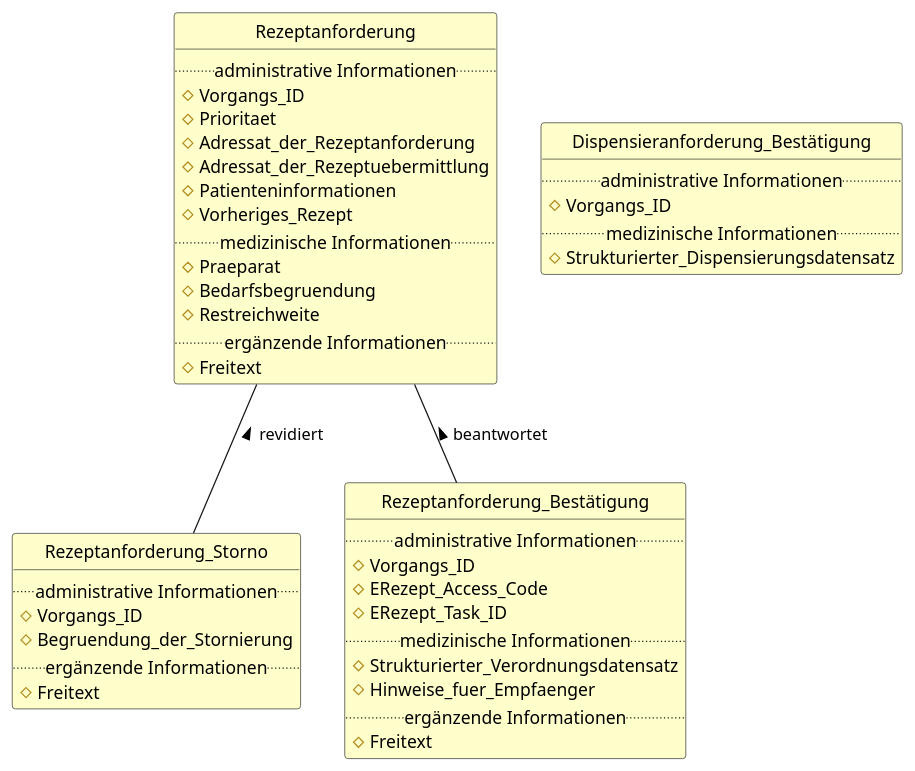
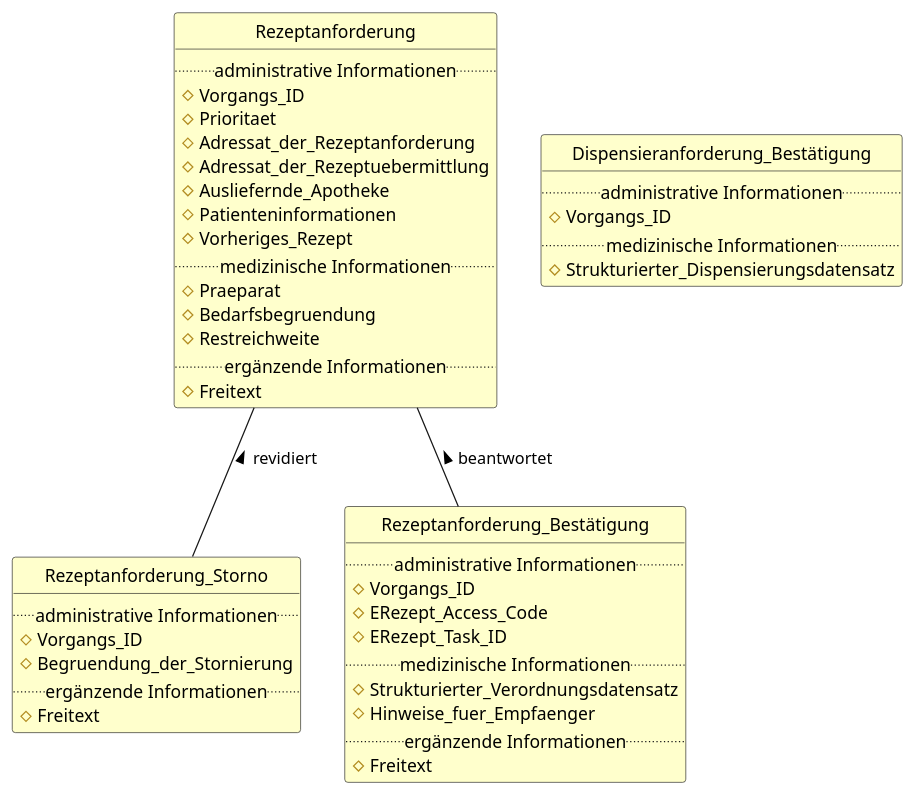
The diagram in Resources/puml/old/rezeptanforderungen-apo-businessobjects-inhalte.puml (gematik/spec-E-Rezept-ServiceRequest), drawn with PlantUML before and after one commit. The commit also changed 2 other files, not shown here.

```diff
--- a/Resources/puml/old/rezeptanforderungen-apo-businessobjects-inhalte.puml
+++ b/Resources/puml/old/rezeptanforderungen-apo-businessobjects-inhalte.puml
@@ -1,55 +1,56 @@
 @startuml
 
 'top to bottom direction
 
 'skinparam linetype ortho
 hide circle
 hide methods
 
 class "Rezeptanforderung" as Rezeptanforderung #BUSINESS {
     ..administrative Informationen..
     #Vorgangs_ID
     #Prioritaet
     #Adressat_der_Rezeptanforderung
     #Adressat_der_Rezeptuebermittlung
+    #Ausliefernde_Apotheke
     #Patienteninformationen
     #Vorheriges_Rezept
     ..medizinische Informationen..
     #Praeparat
     #Bedarfsbegruendung
     #Restreichweite
     ..ergänzende Informationen..
     #Freitext
 }
 
 class "Rezeptanforderung_Storno" as Rezeptanforderung_Storno #BUSINESS {
     ..administrative Informationen..
     #Vorgangs_ID
     #Begruendung_der_Stornierung
     ..ergänzende Informationen..
     #Freitext
 }
 
 class "Rezeptanforderung_Bestätigung" as Rezeptanforderung_Bestätigung #BUSINESS {
     ..administrative Informationen..
     #Vorgangs_ID
     #ERezept_Access_Code
     #ERezept_Task_ID
     ..medizinische Informationen..
     #Strukturierter_Verordnungsdatensatz
     #Hinweise_fuer_Empfaenger
     ..ergänzende Informationen..
     #Freitext
 }
 
 class "Dispensieranforderung_Bestätigung" as Dispensieranforderung_Bestätigung #BUSINESS {
     ..administrative Informationen..
     #Vorgangs_ID
     ..medizinische Informationen..
     #Strukturierter_Dispensierungsdatensatz
 }
 
 Rezeptanforderung_Storno -up- Rezeptanforderung: revidiert >
 Rezeptanforderung_Bestätigung -up- Rezeptanforderung: beantwortet >
 
 @enduml
```
